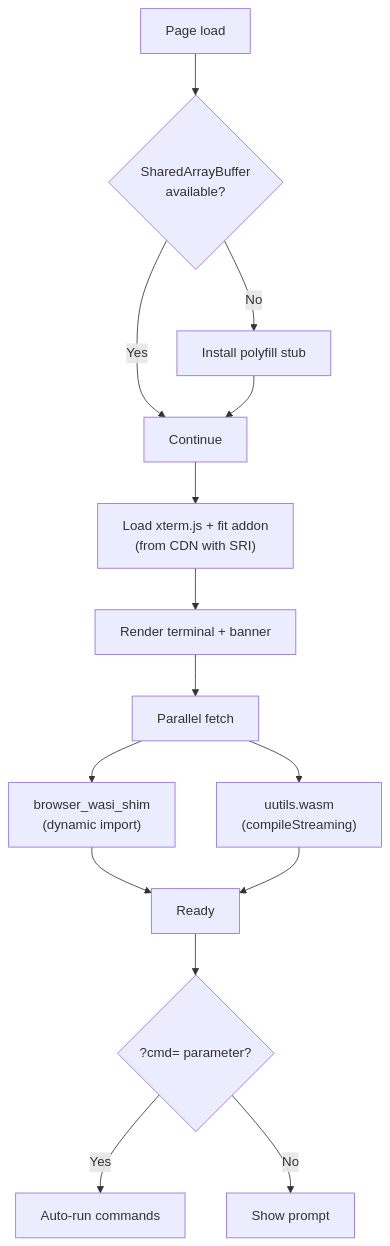
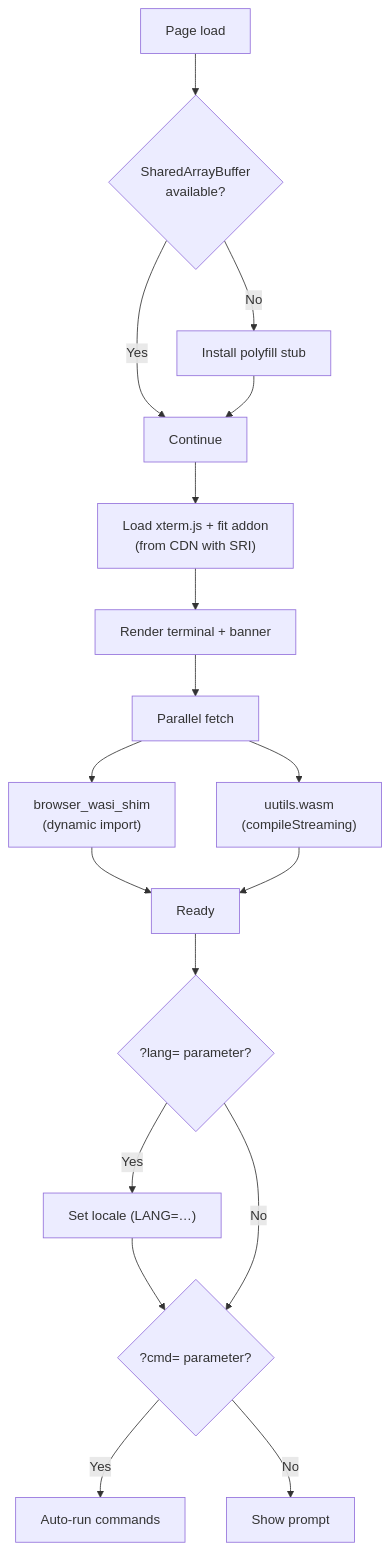
Before and after one commit to uutils/uutils.github.io: the fourth of 9 diagrams in content/playground-how-it-works.md, drawn with Mermaid. The commit also changed 3 other files, not shown here.

First line of the commit message:
playground: allow setting the locale with a ?lang= URL parameter

```diff
--- a/content/playground-how-it-works.md
+++ b/content/playground-how-it-works.md
@@ -109,17 +109,20 @@
 <pre class="mermaid">
 flowchart TB
     A["Page load"] --> B{"SharedArrayBuffer<br/>available?"}
     B -->|No| C["Install polyfill stub"]
     B -->|Yes| D["Continue"]
     C --> D
     D --> E["Load xterm.js + fit addon<br/>(from CDN with SRI)"]
     E --> F["Render terminal + banner"]
     F --> G["Parallel fetch"]
     G --> H["browser_wasi_shim<br/>(dynamic import)"]
     G --> I["uutils.wasm<br/>(compileStreaming)"]
     H --> J["Ready"]
     I --> J
-    J --> K{"?cmd= parameter?"}
+    J --> K0{"?lang= parameter?"}
+    K0 -->|Yes| K1["Set locale (LANG=…)"]
+    K1 --> K{"?cmd= parameter?"}
+    K0 -->|No| K
     K -->|Yes| L["Auto-run commands"]
     K -->|No| M["Show prompt"]
 </pre>
```
